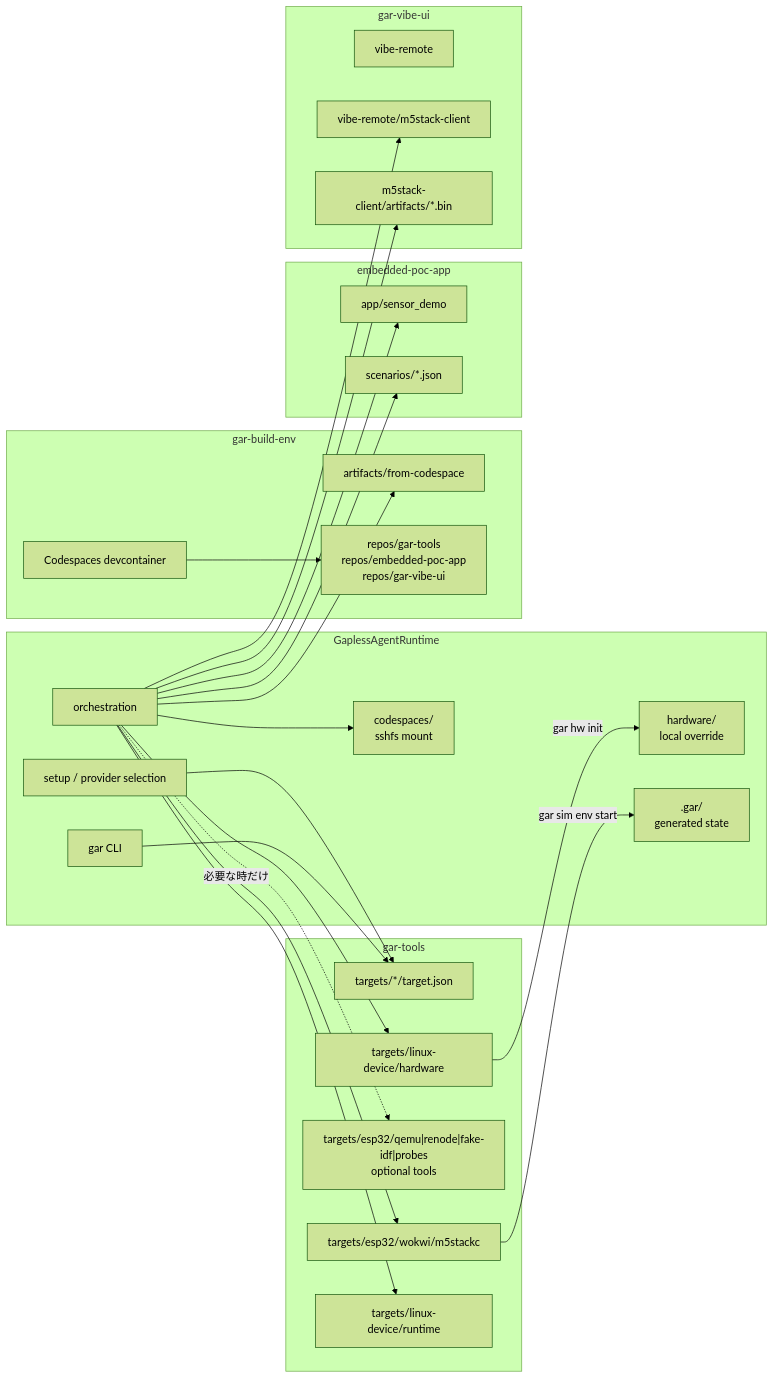
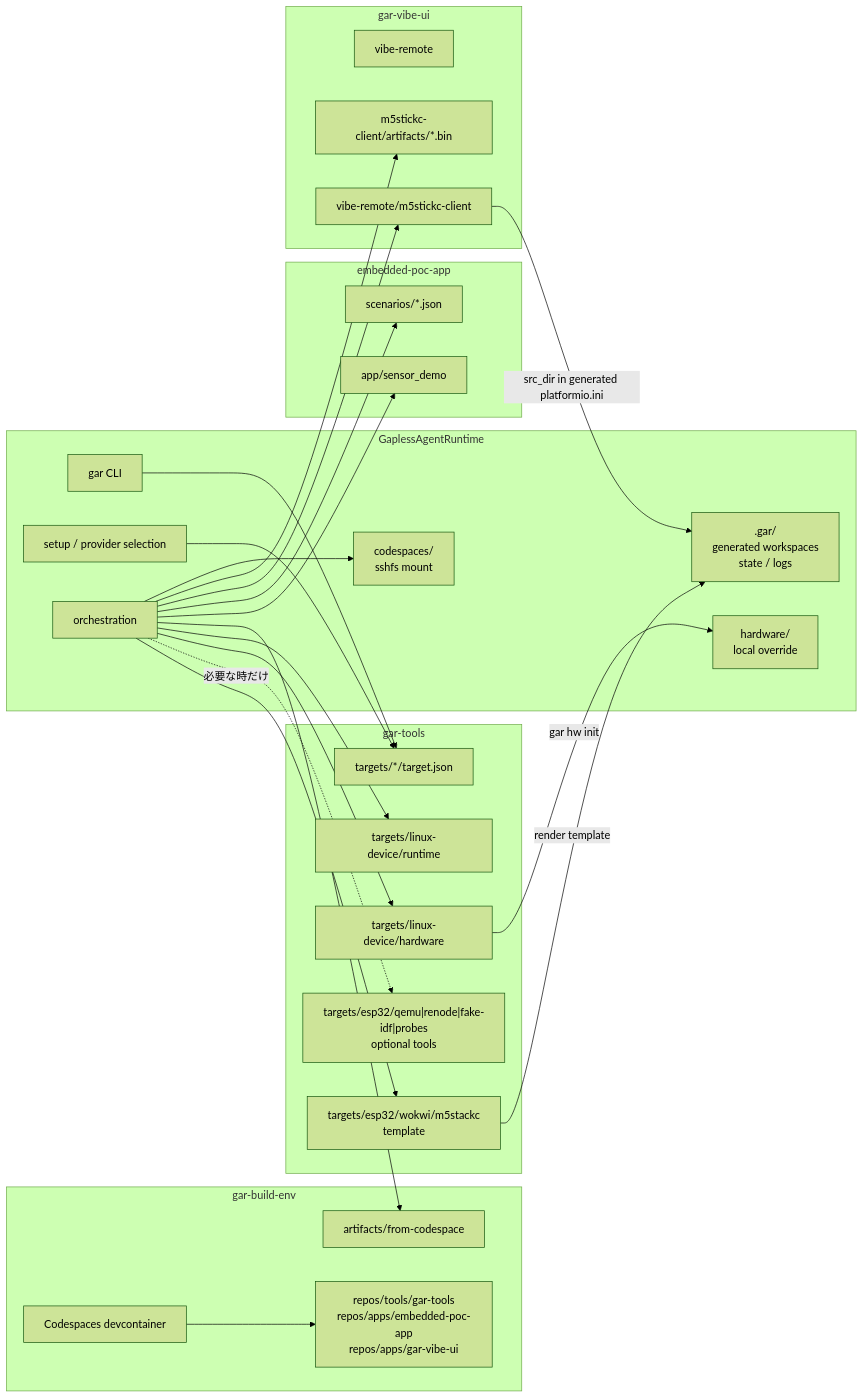
The fifth of 6 diagrams in docs/08_REPOSITORY_LAYOUT.md (ThousandsOfTies/GaplessAgentRuntime), drawn with Mermaid (forest theme) before and after one commit. The commit also changed other lines of this file and 20 other files, not shown here.

````diff
--- a/docs/08_REPOSITORY_LAYOUT.md
+++ b/docs/08_REPOSITORY_LAYOUT.md
@@ -149,52 +150,53 @@
 ```mermaid
 flowchart LR
   subgraph GAR["GaplessAgentRuntime"]
     CLI["gar CLI"]
     Setup["setup / provider selection"]
     Runtime["orchestration"]
     CodeMount["codespaces/\nsshfs mount"]
     LocalHW["hardware/\nlocal override"]
-    Generated[".gar/\ngenerated state"]
+    Generated[".gar/\ngenerated workspaces\nstate / logs"]
   end
 
   subgraph Tools["gar-tools"]
     Targets["targets/*/target.json"]
-    Wokwi["targets/esp32/wokwi/m5stackc"]
+    Wokwi["targets/esp32/wokwi/m5stackc\ntemplate"]
     OptionalTools["targets/esp32/qemu|renode|fake-idf|probes\noptional tools"]
     HW["targets/linux-device/hardware"]
     LinuxRuntime["targets/linux-device/runtime"]
   end
 
   subgraph BuildEnv["gar-build-env"]
     Codespace["Codespaces devcontainer"]
     BuildArtifacts["artifacts/from-codespace"]
-    BuildRepos["repos/gar-tools\nrepos/embedded-poc-app\nrepos/gar-vibe-ui"]
+    BuildRepos["repos/tools/gar-tools\nrepos/apps/embedded-poc-app\nrepos/apps/gar-vibe-ui"]
   end
 
   subgraph LinuxAppRepo["embedded-poc-app"]
     LinuxAppSource["app/sensor_demo"]
     LinuxAppScenarios["scenarios/*.json"]
   end
 
   subgraph M5AppRepo["gar-vibe-ui"]
     VibeRemote["vibe-remote"]
-    M5Client["vibe-remote/m5stack-client"]
-    M5Artifacts["m5stack-client/artifacts/*.bin"]
+    M5Client["vibe-remote/m5stickc-client"]
+    M5Artifacts["m5stickc-client/artifacts/*.bin"]
   end
 
   CLI --> Targets
   Setup --> Targets
   Runtime --> Wokwi
   Runtime -. "必要な時だけ" .-> OptionalTools
   Runtime --> HW
   Runtime --> LinuxRuntime
   Runtime --> BuildArtifacts
   Runtime --> LinuxAppSource
   Runtime --> LinuxAppScenarios
   Runtime --> M5Client
   Runtime --> M5Artifacts
   Runtime --> CodeMount
   Codespace --> BuildRepos
   HW -->|gar hw init| LocalHW
-  Wokwi -->|gar sim env start| Generated
+  Wokwi -->|render template| Generated
+  M5Client -->|src_dir in generated platformio.ini| Generated
 ```
````
